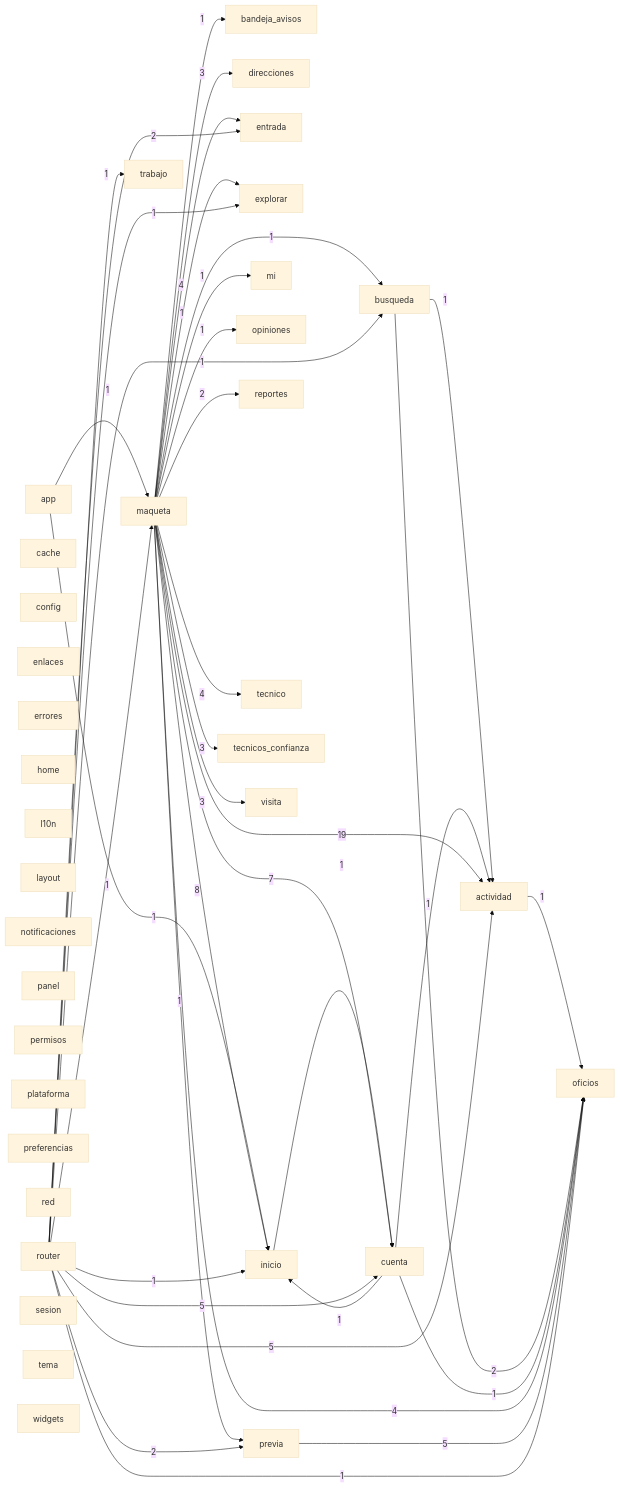
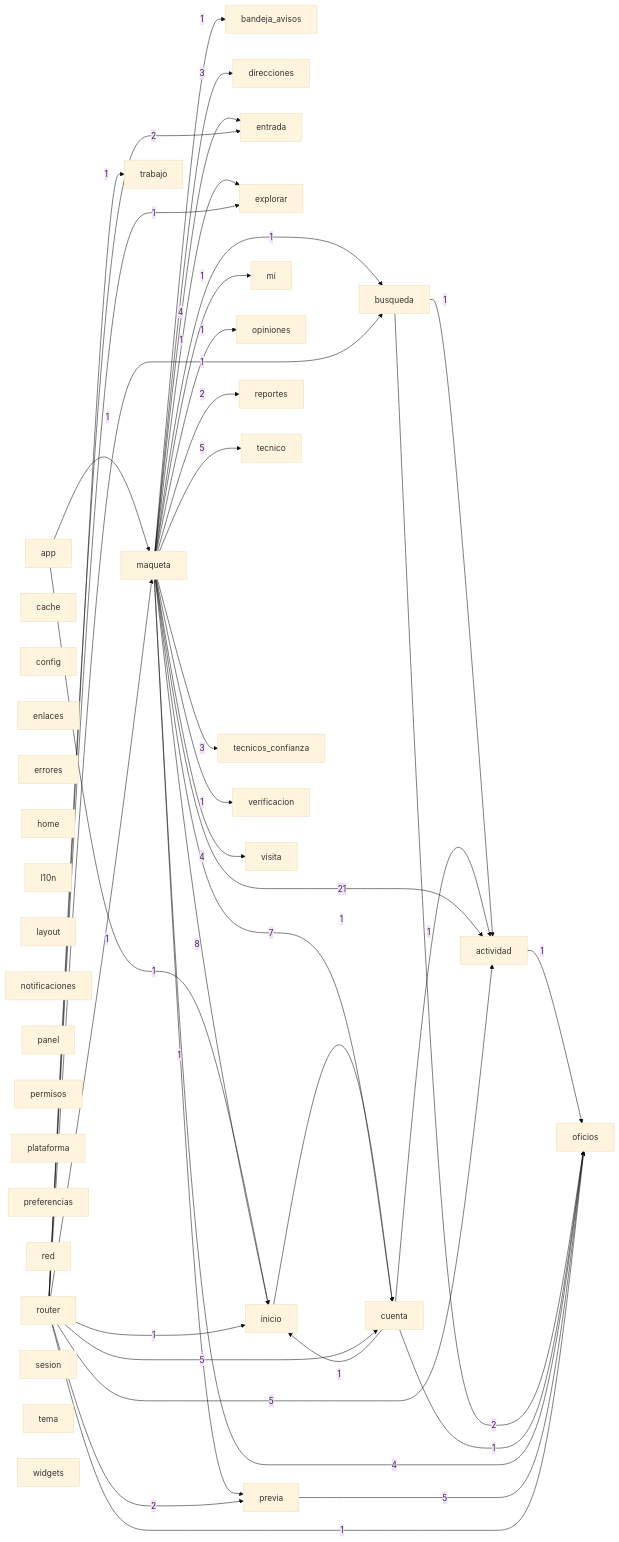
One commit to Tensei-Devs/knock-frontend changed the diagram in docs/architecture/modules.mmd. Above: the diagram before and after it, drawn with Mermaid (base theme). The commit also changed 8 other files, not shown here.

```diff
--- a/docs/architecture/modules.mmd
+++ b/docs/architecture/modules.mmd
@@ -1,73 +1,75 @@
 graph LR
   actividad["actividad"]
   app["app"]
   bandeja_avisos["bandeja_avisos"]
   busqueda["busqueda"]
   cache["cache"]
   config["config"]
   cuenta["cuenta"]
   direcciones["direcciones"]
   enlaces["enlaces"]
   entrada["entrada"]
   errores["errores"]
   explorar["explorar"]
   home["home"]
   inicio["inicio"]
   l10n["l10n"]
   layout["layout"]
   maqueta["maqueta"]
   mi["mi"]
   notificaciones["notificaciones"]
   oficios["oficios"]
   opiniones["opiniones"]
   panel["panel"]
   permisos["permisos"]
   plataforma["plataforma"]
   preferencias["preferencias"]
   previa["previa"]
   red["red"]
   reportes["reportes"]
   router["router"]
   sesion["sesion"]
   tecnico["tecnico"]
   tecnicos_confianza["tecnicos_confianza"]
   tema["tema"]
   trabajo["trabajo"]
+  verificacion["verificacion"]
   visita["visita"]
   widgets["widgets"]
   actividad -->|1| oficios
   app -->|1| inicio
   app -->|1| maqueta
   busqueda -->|1| actividad
   busqueda -->|2| oficios
   cuenta -->|1| actividad
   cuenta -->|1| inicio
   cuenta -->|1| oficios
   inicio -->|1| cuenta
-  maqueta -->|19| actividad
+  maqueta -->|21| actividad
   maqueta -->|1| bandeja_avisos
   maqueta -->|1| busqueda
   maqueta -->|7| cuenta
   maqueta -->|3| direcciones
   maqueta -->|4| entrada
   maqueta -->|1| explorar
   maqueta -->|8| inicio
   maqueta -->|1| mi
   maqueta -->|4| oficios
   maqueta -->|1| opiniones
   maqueta -->|1| previa
   maqueta -->|2| reportes
-  maqueta -->|4| tecnico
+  maqueta -->|5| tecnico
   maqueta -->|3| tecnicos_confianza
-  maqueta -->|3| visita
+  maqueta -->|1| verificacion
+  maqueta -->|4| visita
   previa -->|5| oficios
   router -->|5| actividad
   router -->|1| busqueda
   router -->|5| cuenta
   router -->|2| entrada
   router -->|1| explorar
   router -->|1| inicio
   router -->|1| maqueta
   router -->|1| oficios
   router -->|2| previa
   router -->|1| trabajo
```
